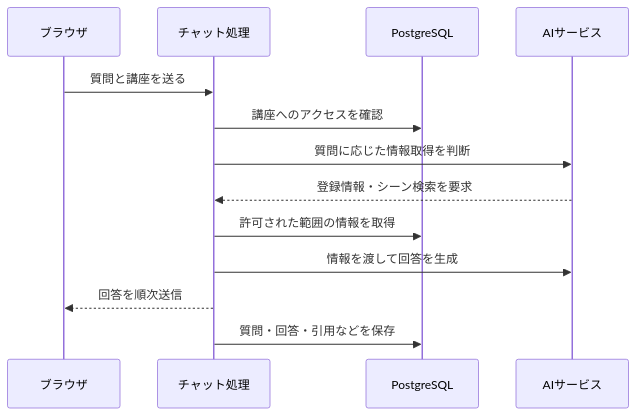
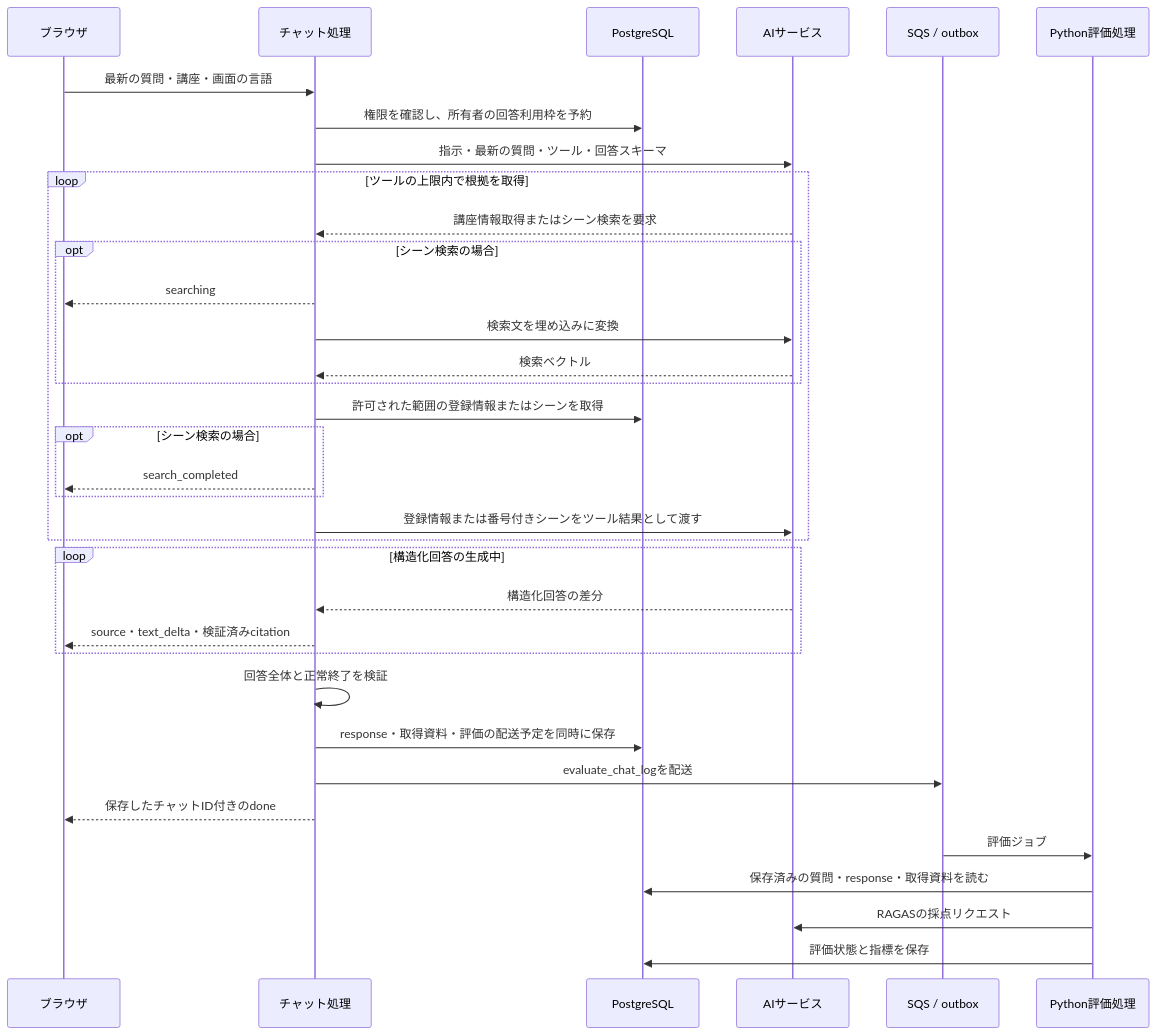
The third of 3 diagrams in apps/docs/i18n/ja/docusaurus-plugin-content-docs/current/design/sequence-diagram.md (yukiharada1228/videoq), drawn with Mermaid before and after one commit. The commit also changed other lines of this file and 25 other files, not shown here.

````diff
--- a/apps/docs/i18n/ja/docusaurus-plugin-content-docs/current/design/sequence-diagram.md
+++ b/apps/docs/i18n/ja/docusaurus-plugin-content-docs/current/design/sequence-diagram.md
@@ -54,15 +54,37 @@
 ```mermaid
 sequenceDiagram
     participant User as ブラウザ
     participant API as チャット処理
     participant DB as PostgreSQL
     participant AI as AIサービス
-    User->>API: 質問と講座を送る
-    API->>DB: 講座へのアクセスを確認
-    API->>AI: 質問に応じた情報取得を判断
-    AI-->>API: 登録情報・シーン検索を要求
-    API->>DB: 許可された範囲の情報を取得
-    API->>AI: 情報を渡して回答を生成
-    API-->>User: 回答を順次送信
-    API->>DB: 質問・回答・引用などを保存
+    participant Queue as SQS / outbox
+    participant Worker as Python評価処理
+    User->>API: 最新の質問・講座・画面の言語
+    API->>DB: 権限を確認し、所有者の回答利用枠を予約
+    API->>AI: 指示・最新の質問・ツール・回答スキーマ
+    loop ツールの上限内で根拠を取得
+        AI-->>API: 講座情報取得またはシーン検索を要求
+        opt シーン検索の場合
+            API-->>User: searching
+            API->>AI: 検索文を埋め込みに変換
+            AI-->>API: 検索ベクトル
+        end
+        API->>DB: 許可された範囲の登録情報またはシーンを取得
+        opt シーン検索の場合
+            API-->>User: search_completed
+        end
+        API->>AI: 登録情報または番号付きシーンをツール結果として渡す
+    end
+    loop 構造化回答の生成中
+        AI-->>API: 構造化回答の差分
+        API-->>User: source・text_delta・検証済みcitation
+    end
+    API->>API: 回答全体と正常終了を検証
+    API->>DB: response・取得資料・評価の配送予定を同時に保存
+    API->>Queue: evaluate_chat_logを配送
+    API-->>User: 保存したチャットID付きのdone
+    Queue->>Worker: 評価ジョブ
+    Worker->>DB: 保存済みの質問・response・取得資料を読む
+    Worker->>AI: RAGASの採点リクエスト
+    Worker->>DB: 評価状態と指標を保存
 ```
````
